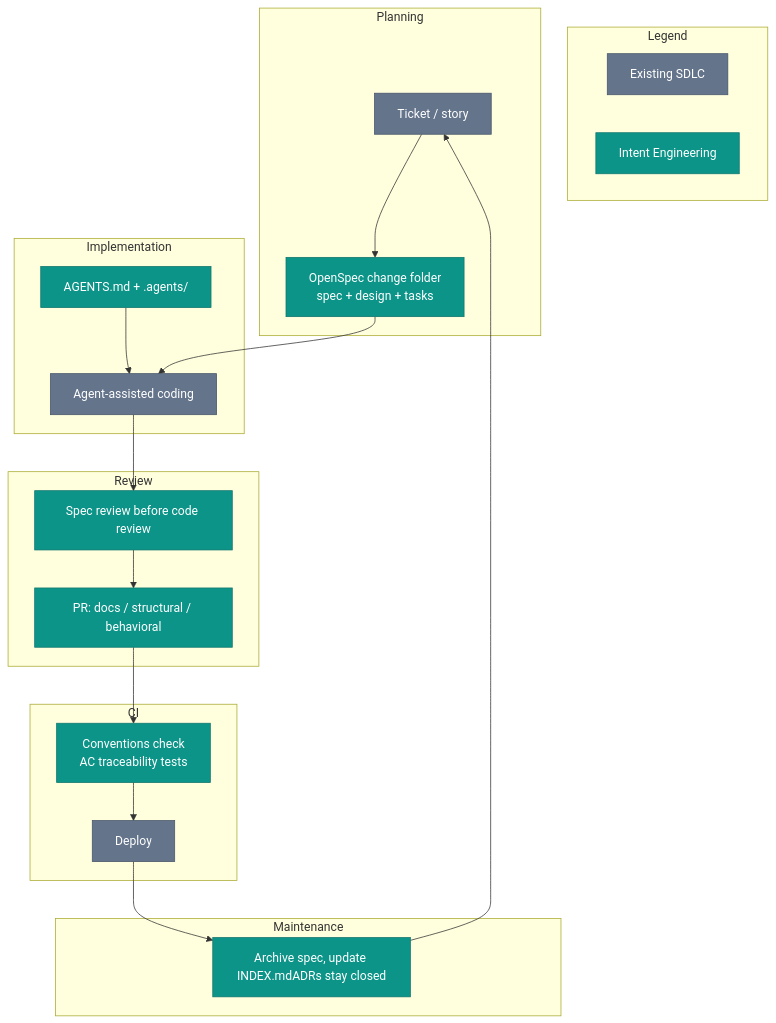
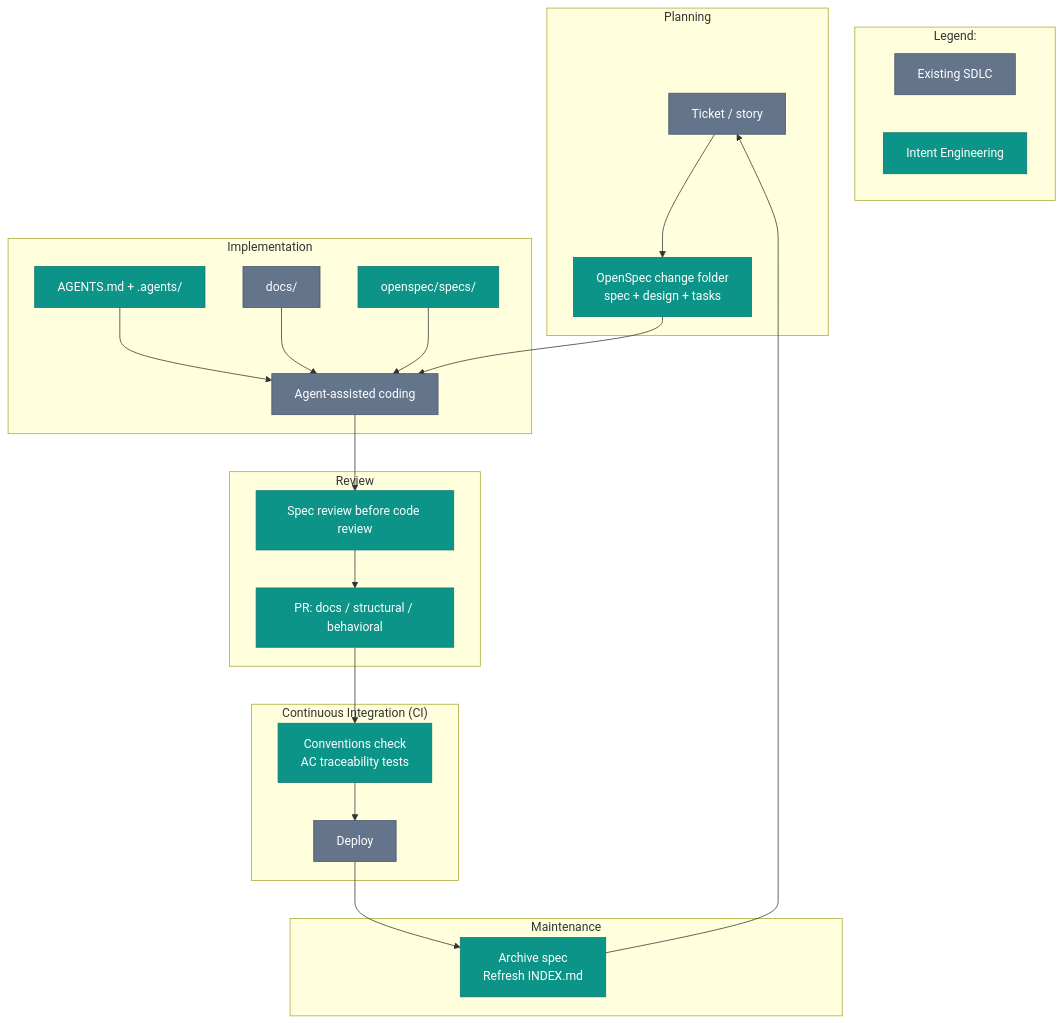
One commit to intent-engineering-for-coding-agents/book changed the diagram in content/foundation/intent-engineering-and-the-sdlc.md. Above: the diagram before and after it, drawn with Mermaid. The commit also changed other lines of this file and 1 other file, not shown here.

Commit message:
Refine SDLC chapter flow

````diff
--- a/content/foundation/intent-engineering-and-the-sdlc.md
+++ b/content/foundation/intent-engineering-and-the-sdlc.md
@@ -13,30 +15,32 @@
 ```mermaid
 graph TD
     classDef existing fill:#64748b,stroke:#475569,color:#fff
     classDef ie fill:#0d9488,stroke:#0f766e,color:#fff
 
-    subgraph Legend
+    subgraph Legend:
         direction LR
         L1[Existing SDLC]:::existing
         L2[Intent Engineering]:::ie
     end
     subgraph Planning
         A[Ticket / story]:::existing --> B[OpenSpec change folder<br/>spec + design + tasks]:::ie
     end
     subgraph Implementation
         C["AGENTS.md + .agents/"]:::ie --> D[Agent-assisted coding]:::existing
+        J["docs/"]:::existing --> D
+        K["openspec/specs/"]:::ie --> D
         B --> D
     end
     subgraph Review
         D --> E[Spec review before code review]:::ie
         E --> F[PR: docs / structural / behavioral]:::ie
     end
-    subgraph CI
+    subgraph "Continuous Integration (CI)"
         F --> G[Conventions check<br/>AC traceability tests]:::ie
         G --> H[Deploy]:::existing
     end
     subgraph Maintenance
-        H --> I[Archive spec, update INDEX.md</>ADRs stay closed]:::ie
+        H --> I[Archive spec<br/>Refresh INDEX.md]:::ie
         I --> A
     end
 ```
````
